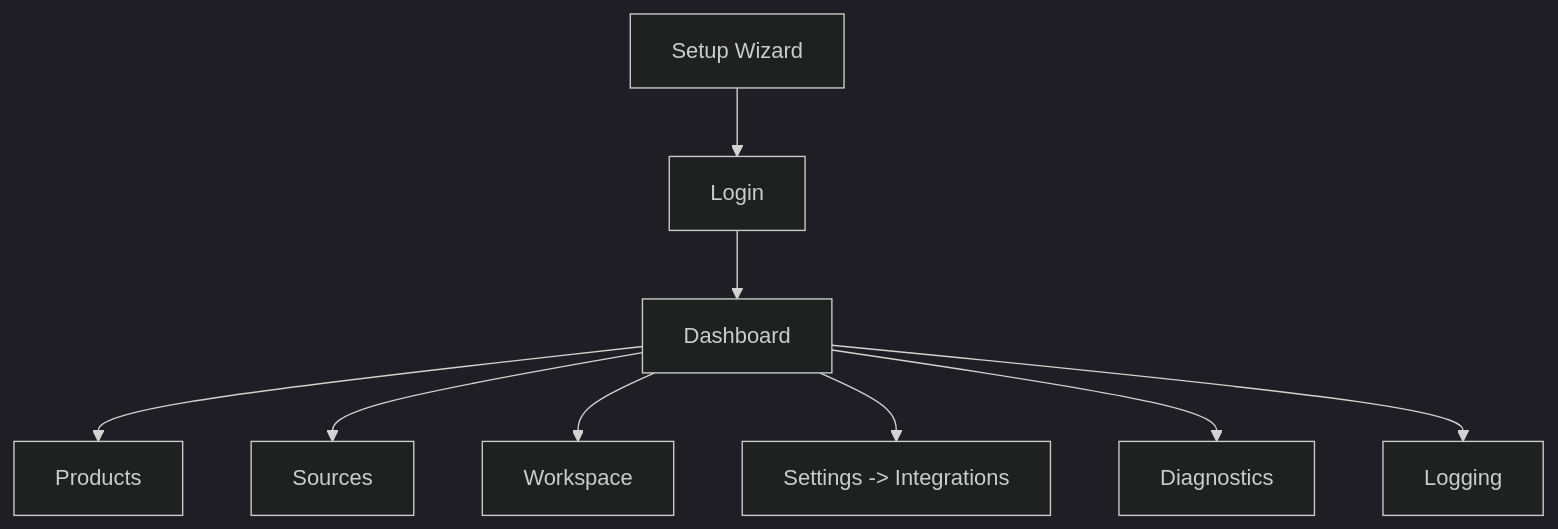
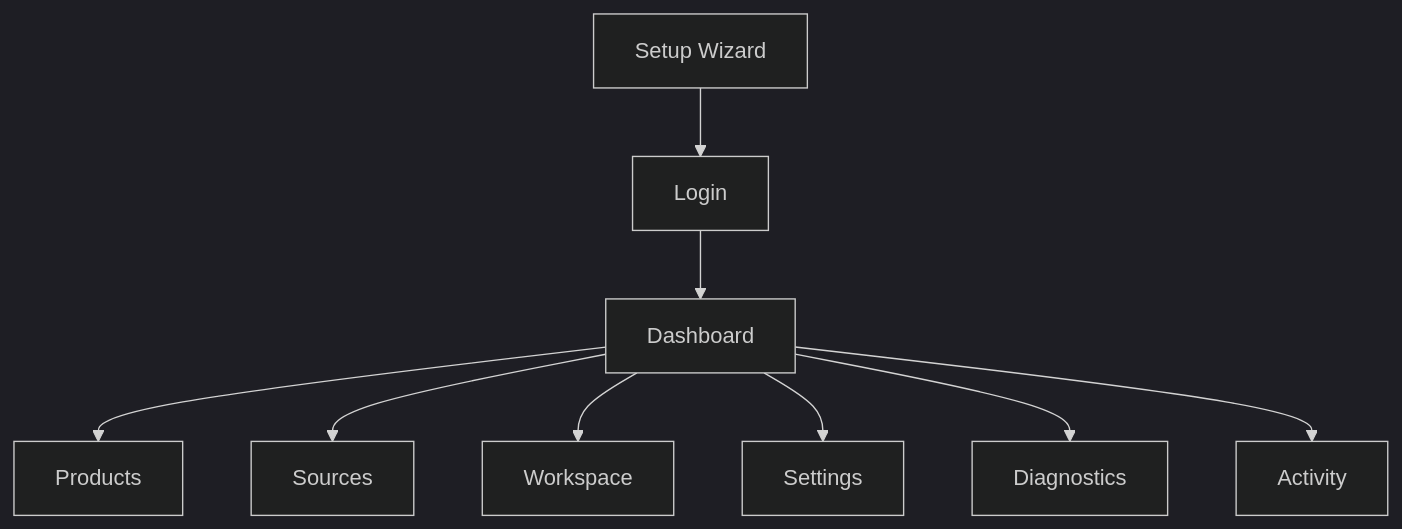
The second of 2 diagrams in README.md (nima-sadria/FlowHub), drawn with Mermaid (dark theme) before and after one commit. The commit also changed other lines of this file and 19 other files, not shown here.

Commit message:
Fix FlowHub production repair path

````diff
--- a/README.md
+++ b/README.md
@@ -27,11 +27,11 @@
 ```mermaid
 flowchart TD
     Setup[Setup Wizard] --> Login[Login]
     Login --> Dashboard[Dashboard]
     Dashboard --> Products[Products]
     Dashboard --> Sources[Sources]
     Dashboard --> Workspace[Workspace]
-    Dashboard --> Integrations[Settings -> Integrations]
+    Dashboard --> Settings[Settings]
     Dashboard --> Diagnostics[Diagnostics]
-    Dashboard --> Logging[Logging]
+    Dashboard --> Activity[Activity]
 ```
````
